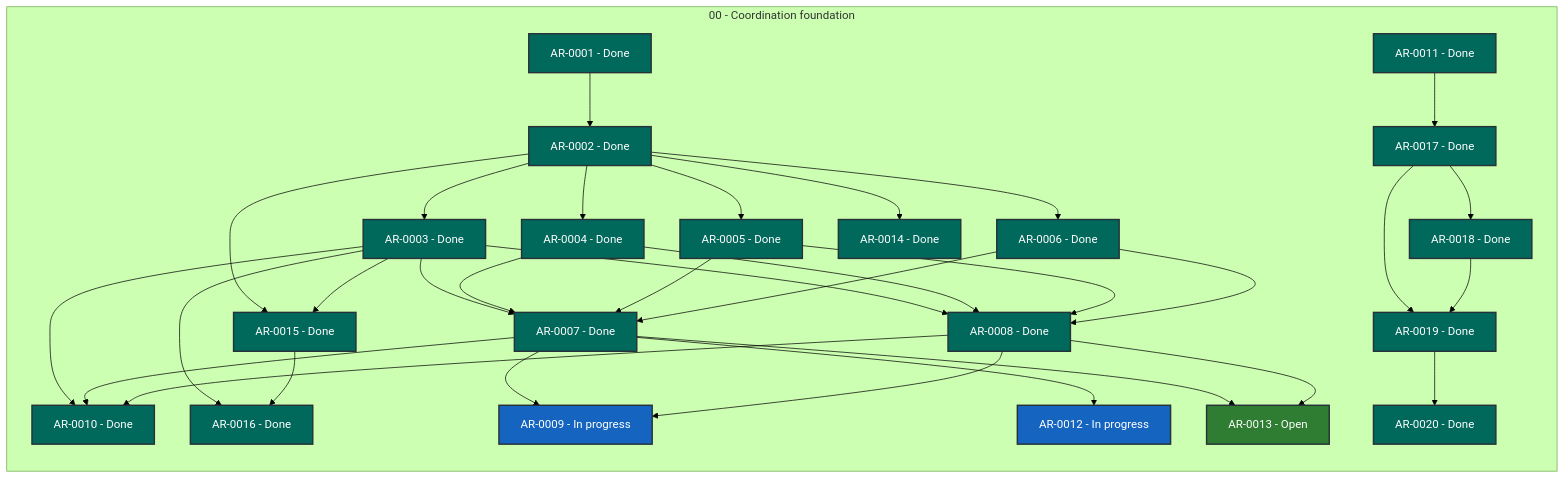
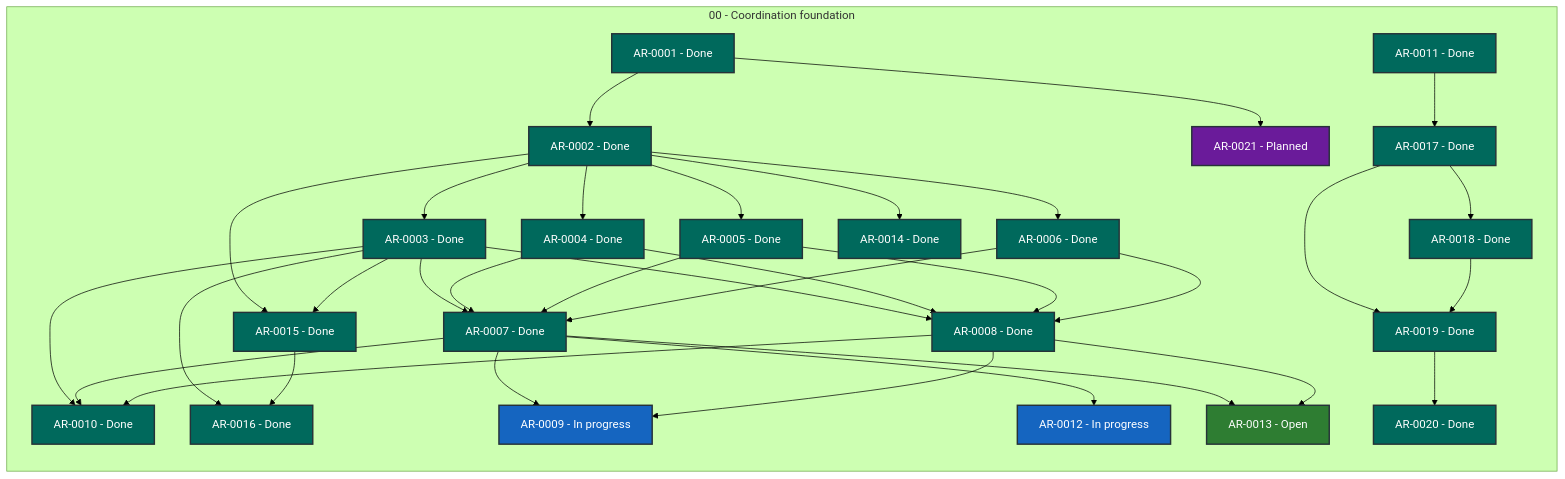
The diagram in STATUS.md (martin-beck/agent-workflow-coordinator-state), drawn with Mermaid (forest theme) before and after one commit. The commit also changed other lines of this file and 4 other files, not shown here.

````diff
--- a/STATUS.md
+++ b/STATUS.md
@@ -27,65 +27,67 @@
 ```mermaid
 flowchart LR
     subgraph series_00["00 - Coordination foundation"]
         direction TB
         AR_0001["AR-0001 - Done"]:::status_done
         AR_0002["AR-0002 - Done"]:::status_done
         AR_0003["AR-0003 - Done"]:::status_done
         AR_0004["AR-0004 - Done"]:::status_done
         AR_0005["AR-0005 - Done"]:::status_done
         AR_0006["AR-0006 - Done"]:::status_done
         AR_0007["AR-0007 - Done"]:::status_done
         AR_0008["AR-0008 - Done"]:::status_done
         AR_0009["AR-0009 - In progress"]:::status_in_progress
         AR_0010["AR-0010 - Done"]:::status_done
         AR_0011["AR-0011 - Done"]:::status_done
         AR_0012["AR-0012 - In progress"]:::status_in_progress
         AR_0013["AR-0013 - Open"]:::status_open
         AR_0014["AR-0014 - Done"]:::status_done
         AR_0015["AR-0015 - Done"]:::status_done
         AR_0016["AR-0016 - Done"]:::status_done
         AR_0017["AR-0017 - Done"]:::status_done
         AR_0018["AR-0018 - Done"]:::status_done
         AR_0019["AR-0019 - Done"]:::status_done
         AR_0020["AR-0020 - Done"]:::status_done
+        AR_0021["AR-0021 - Planned"]:::status_planned
     end
     AR_0001 --> AR_0002
+    AR_0001 --> AR_0021
     AR_0002 --> AR_0003
     AR_0002 --> AR_0004
     AR_0002 --> AR_0005
     AR_0002 --> AR_0006
     AR_0002 --> AR_0014
     AR_0002 --> AR_0015
     AR_0003 --> AR_0007
     AR_0003 --> AR_0008
     AR_0003 --> AR_0010
     AR_0003 --> AR_0015
     AR_0003 --> AR_0016
     AR_0004 --> AR_0007
     AR_0004 --> AR_0008
     AR_0005 --> AR_0007
     AR_0005 --> AR_0008
     AR_0006 --> AR_0007
     AR_0006 --> AR_0008
     AR_0007 --> AR_0009
     AR_0007 --> AR_0010
     AR_0007 --> AR_0012
     AR_0007 --> AR_0013
     AR_0008 --> AR_0009
     AR_0008 --> AR_0010
     AR_0008 --> AR_0013
     AR_0011 --> AR_0017
     AR_0015 --> AR_0016
     AR_0017 --> AR_0018
     AR_0017 --> AR_0019
     AR_0018 --> AR_0019
     AR_0019 --> AR_0020
     classDef status_in_progress fill:#1565c0,color:#ffffff,stroke:#263238,stroke-width:2px
     classDef status_open fill:#2e7d32,color:#ffffff,stroke:#263238,stroke-width:2px
     classDef status_blocked fill:#c62828,color:#ffffff,stroke:#263238,stroke-width:2px
     classDef status_planned fill:#6a1b9a,color:#ffffff,stroke:#263238,stroke-width:2px
     classDef status_future fill:#455a64,color:#ffffff,stroke:#263238,stroke-width:2px
     classDef status_done fill:#00695c,color:#ffffff,stroke:#263238,stroke-width:2px
     classDef status_cancelled fill:#616161,color:#ffffff,stroke:#263238,stroke-width:2px
     classDef status_superseded fill:#5d4037,color:#ffffff,stroke:#263238,stroke-width:2px
 ```
````
